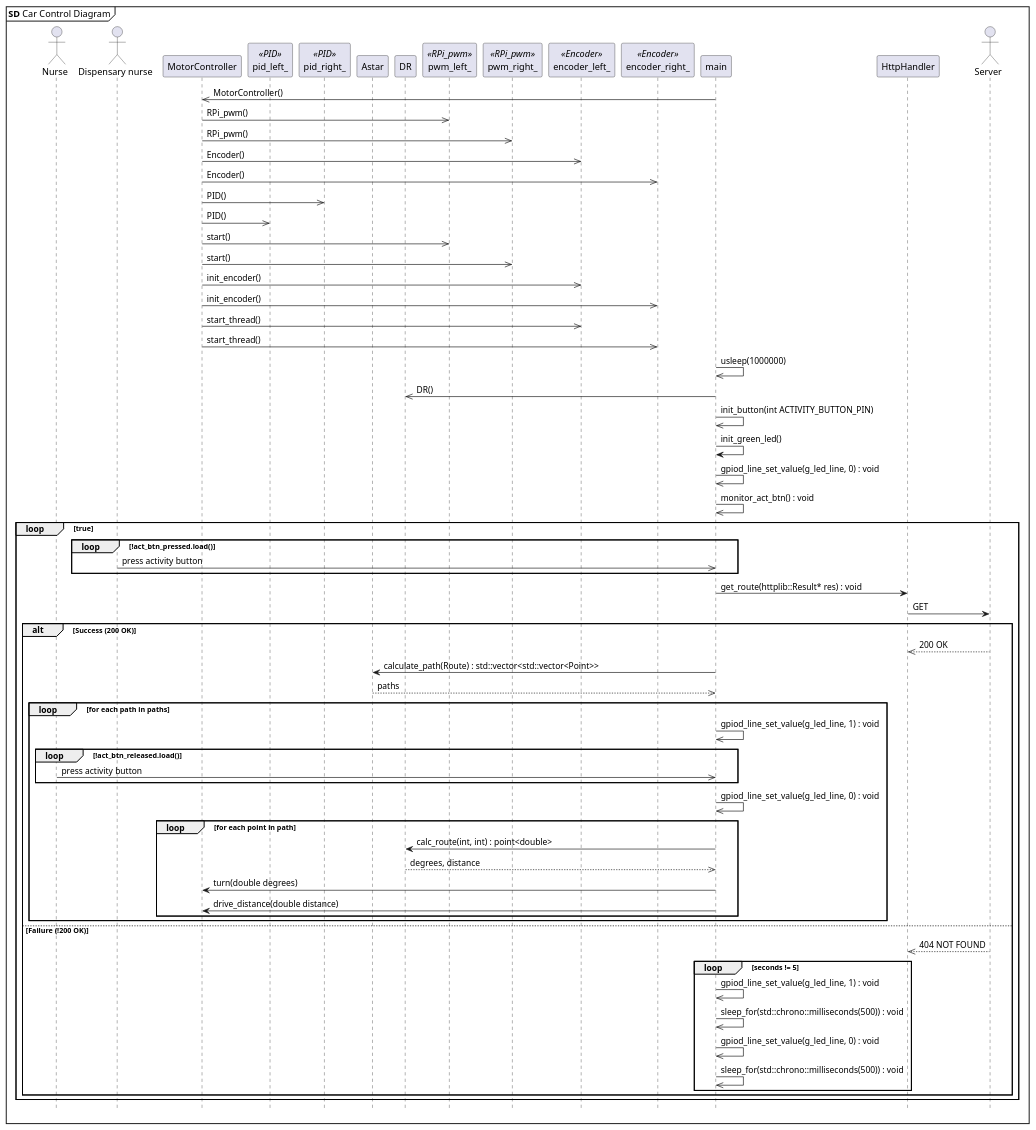
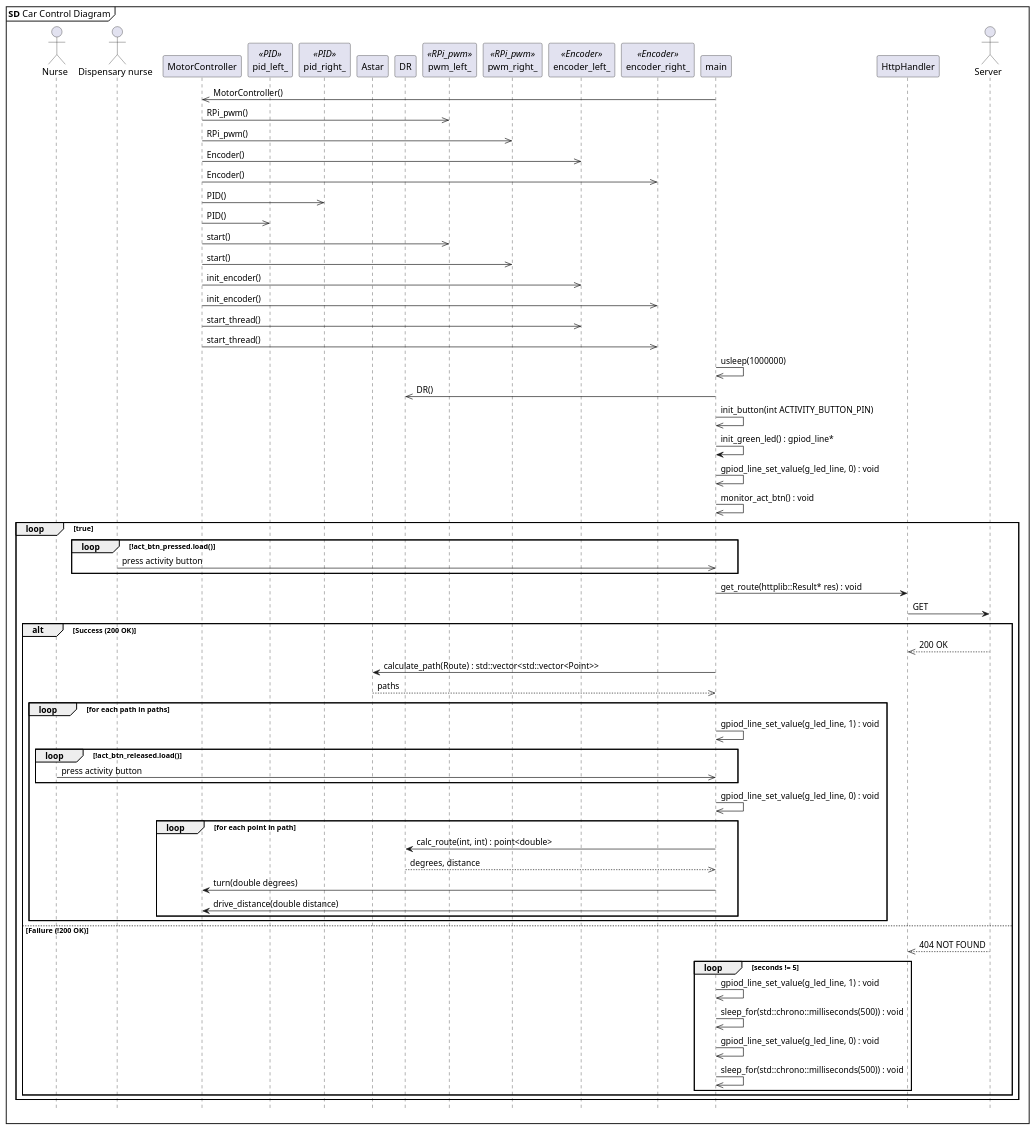
One commit to lineklemensen/PRJ3 changed the diagram in docs/diagrams/Plantuml/apModel/car_sd.puml. Above: the diagram before and after it, drawn with PlantUML.

Commit message:
small changes to apmodel for car

```diff
--- a/docs/diagrams/Plantuml/apModel/car_sd.puml
+++ b/docs/diagrams/Plantuml/apModel/car_sd.puml
@@ -1,82 +1,82 @@
 @startuml
 
 mainframe **SD** Car Control Diagram
 hide footbox
 
 actor "Nurse" as n
 actor "Dispensary nurse" as dn
 participant "MotorController" as mc
 participant "pid_left_" as pl <<PID>>
 participant "pid_right_" as pr <<PID>>
 participant "Astar" as a
 participant "DR" as dr
 participant "pwm_left_" as rpl <<RPi_pwm>>
 participant "pwm_right_" as rpr <<RPi_pwm>>
 participant "encoder_left_" as encl <<Encoder>>
 participant "encoder_right_" as encr <<Encoder>>
 participant "main" as m
 participant "HttpHandler" as http
 actor "Server" as s
 
 
 
 ' constructors
 m  ->> mc : MotorController()
 mc ->> rpl : RPi_pwm()
 mc ->> rpr : RPi_pwm()
 mc ->> encl : Encoder()
 mc ->> encr : Encoder()
 mc ->> pr : PID()
 mc ->> pl : PID()
 
 ' initialisation
 mc ->> rpl : start()
 mc ->> rpr : start()
 mc ->> encl : init_encoder()
 mc ->> encr : init_encoder()
 mc ->> encl : start_thread()
 mc ->> encr : start_thread()
 
 m ->> m : usleep(1000000)
 m ->> dr : DR()
 m ->> m : init_button(int ACTIVITY_BUTTON_PIN)
-m -> m : init_green_led()
+m -> m : init_green_led() : gpiod_line*
 m ->> m : gpiod_line_set_value(g_led_line, 0) : void
 m ->> m : monitor_act_btn() : void
 
 loop true
     loop !act_btn_pressed.load()
         dn ->> m : press activity button
     end
     m -> http : get_route(httplib::Result* res) : void
     http -> s : GET
     alt Success (200 OK)
     http <<-- s : 200 OK
 
         m -> a : calculate_path(Route) : std::vector<std::vector<Point>>
         a -->> m : paths
         loop for each path in paths
             m ->> m : gpiod_line_set_value(g_led_line, 1) : void
             loop !act_btn_released.load()
                 n ->> m : press activity button
             end
             m ->> m : gpiod_line_set_value(g_led_line, 0) : void
             loop for each point in path
                 m -> dr : calc_route(int, int) : point<double>
                 dr -->> m : degrees, distance
                 m -> mc : turn(double degrees)
                 m -> mc : drive_distance(double distance)
             end
         end
     else Failure (!200 OK)
     http <<-- s : 404 NOT FOUND
         loop seconds != 5
             m ->> m : gpiod_line_set_value(g_led_line, 1) : void
             m ->> m : sleep_for(std::chrono::milliseconds(500)) : void
             m ->> m : gpiod_line_set_value(g_led_line, 0) : void
             m ->> m : sleep_for(std::chrono::milliseconds(500)) : void
         end
     end
 end    
 
 @enduml
```
